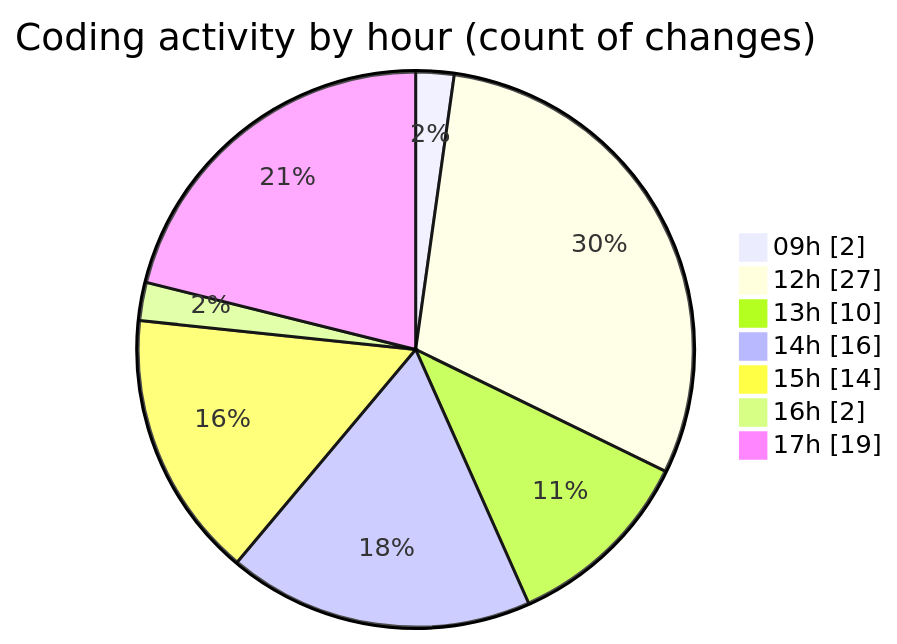
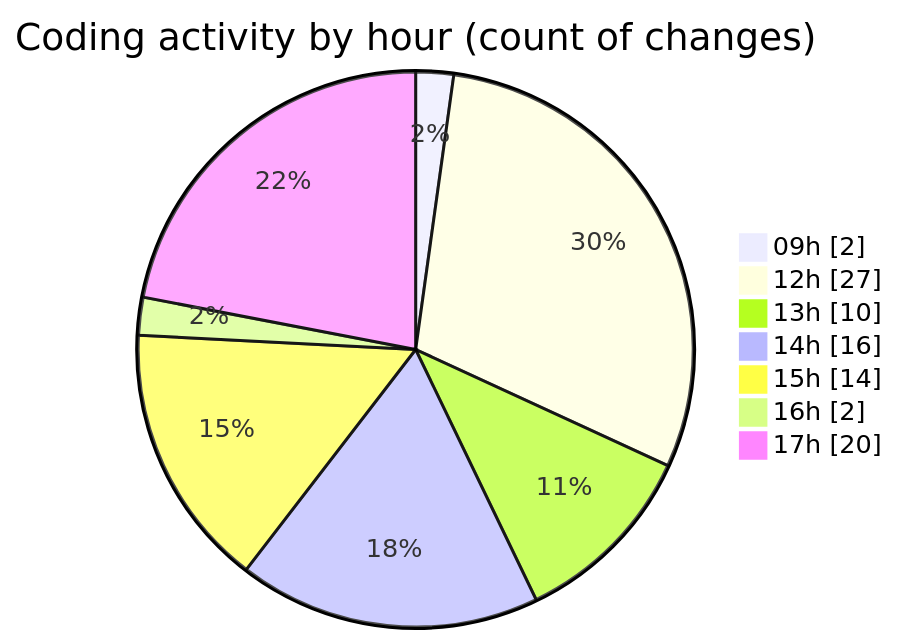
Before and after one commit to momahboobian/code-tracking: the second of 2 diagrams in 2025-11-06/cda/README.md, drawn with Mermaid. The commit also changed other lines of this file and 1 other file, not shown here.

````diff
--- a/2025-11-06/cda/README.md
+++ b/2025-11-06/cda/README.md
@@ -66,11 +66,11 @@
 ```mermaid
 pie showData
 title Coding activity by hour (count of changes)
 "09h" : 2
 "12h" : 27
 "13h" : 10
 "14h" : 16
 "15h" : 14
 "16h" : 2
-"17h" : 19
+"17h" : 20
 ```
````
